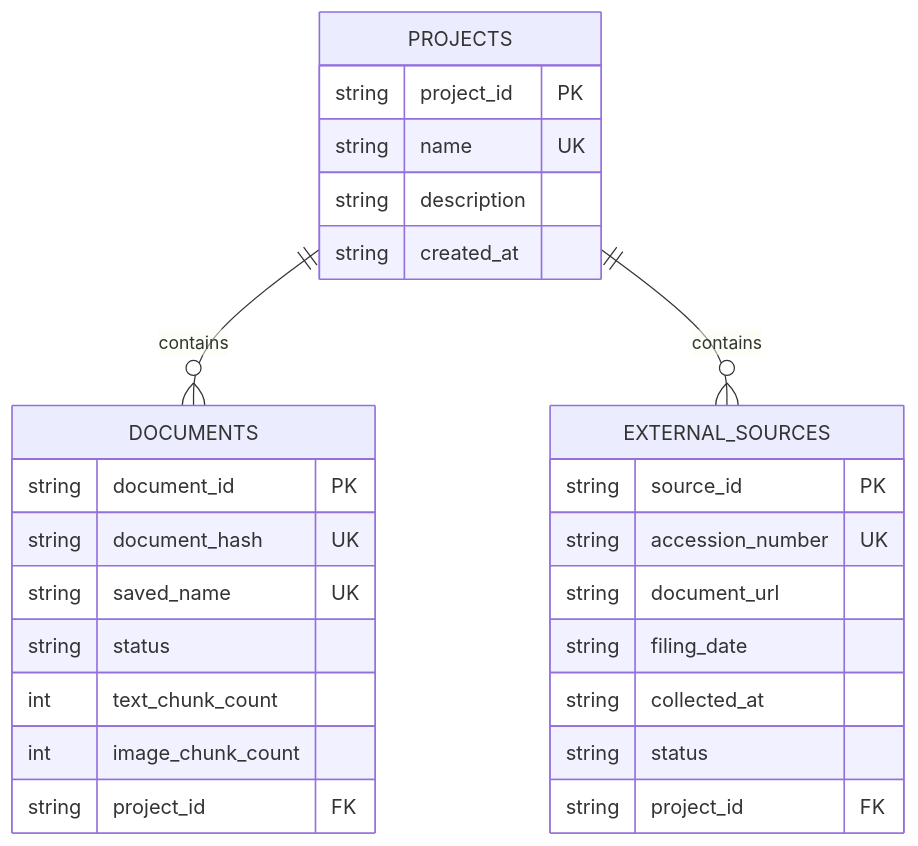
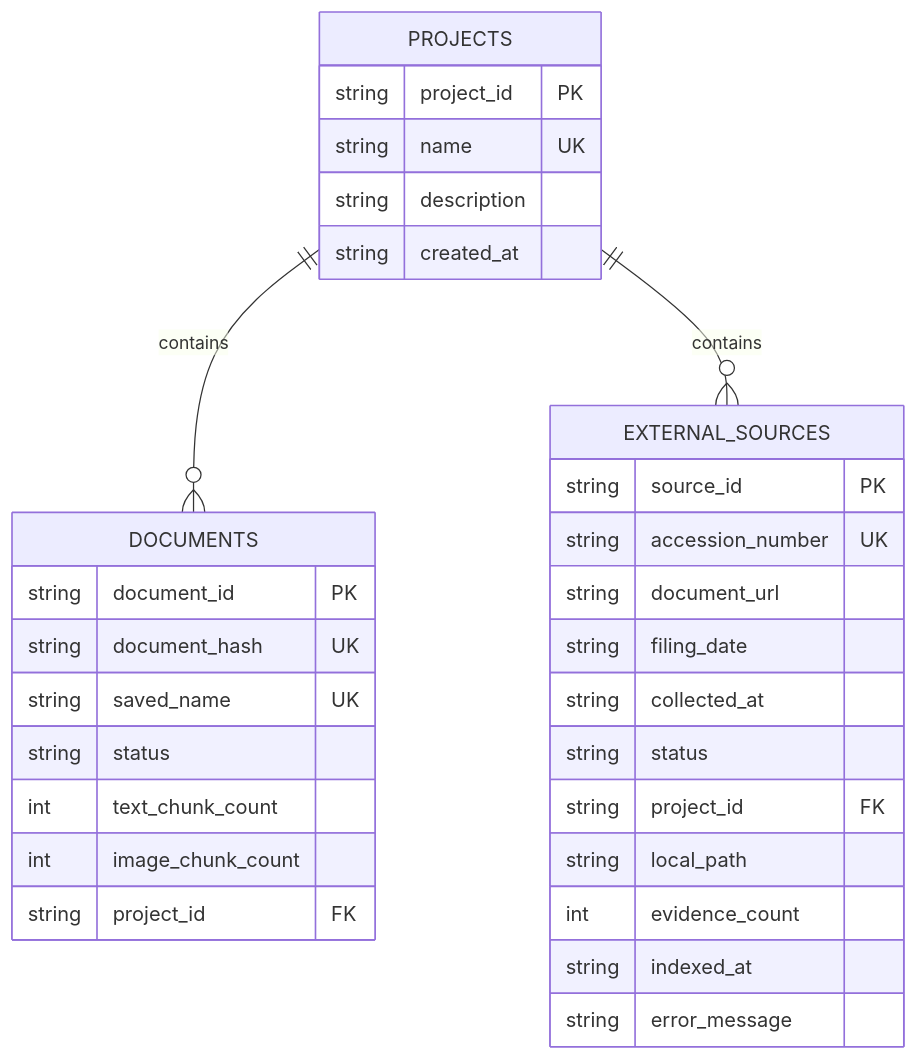
Before and after one commit to tykhed666-lab/ResearchKB: the third of 3 diagrams in docs/项目交接说明.md, drawn with Mermaid. The commit also changed other lines of this file and 16 other files, not shown here.

````diff
--- a/docs/项目交接说明.md
+++ b/docs/项目交接说明.md
@@ -334,32 +362,36 @@
 ```mermaid
 erDiagram
     PROJECTS ||--o{ DOCUMENTS : contains
     PROJECTS ||--o{ EXTERNAL_SOURCES : contains
 
     PROJECTS {
         string project_id PK
         string name UK
         string description
         string created_at
     }
 
     DOCUMENTS {
         string document_id PK
         string document_hash UK
         string saved_name UK
         string status
         int text_chunk_count
         int image_chunk_count
         string project_id FK
     }
 
     EXTERNAL_SOURCES {
         string source_id PK
         string accession_number UK
         string document_url
         string filing_date
         string collected_at
         string status
         string project_id FK
+        string local_path
+        int evidence_count
+        string indexed_at
+        string error_message
     }
 ```
````
